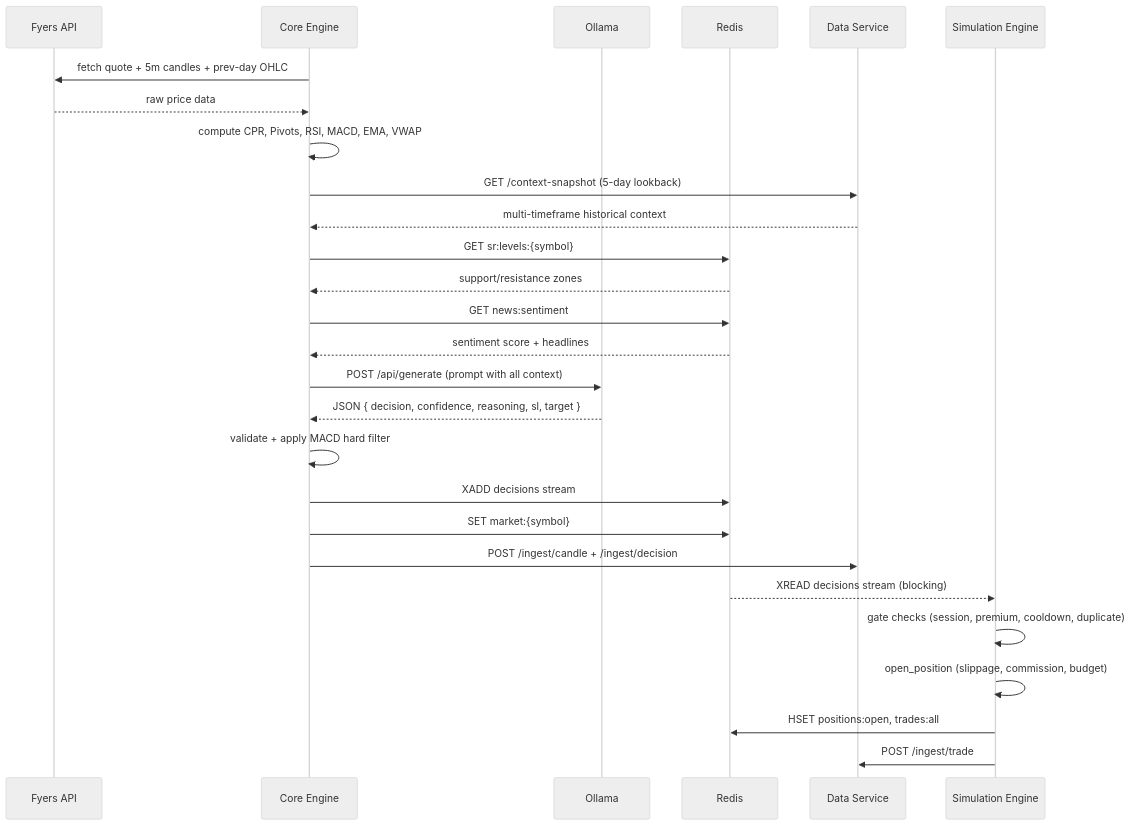
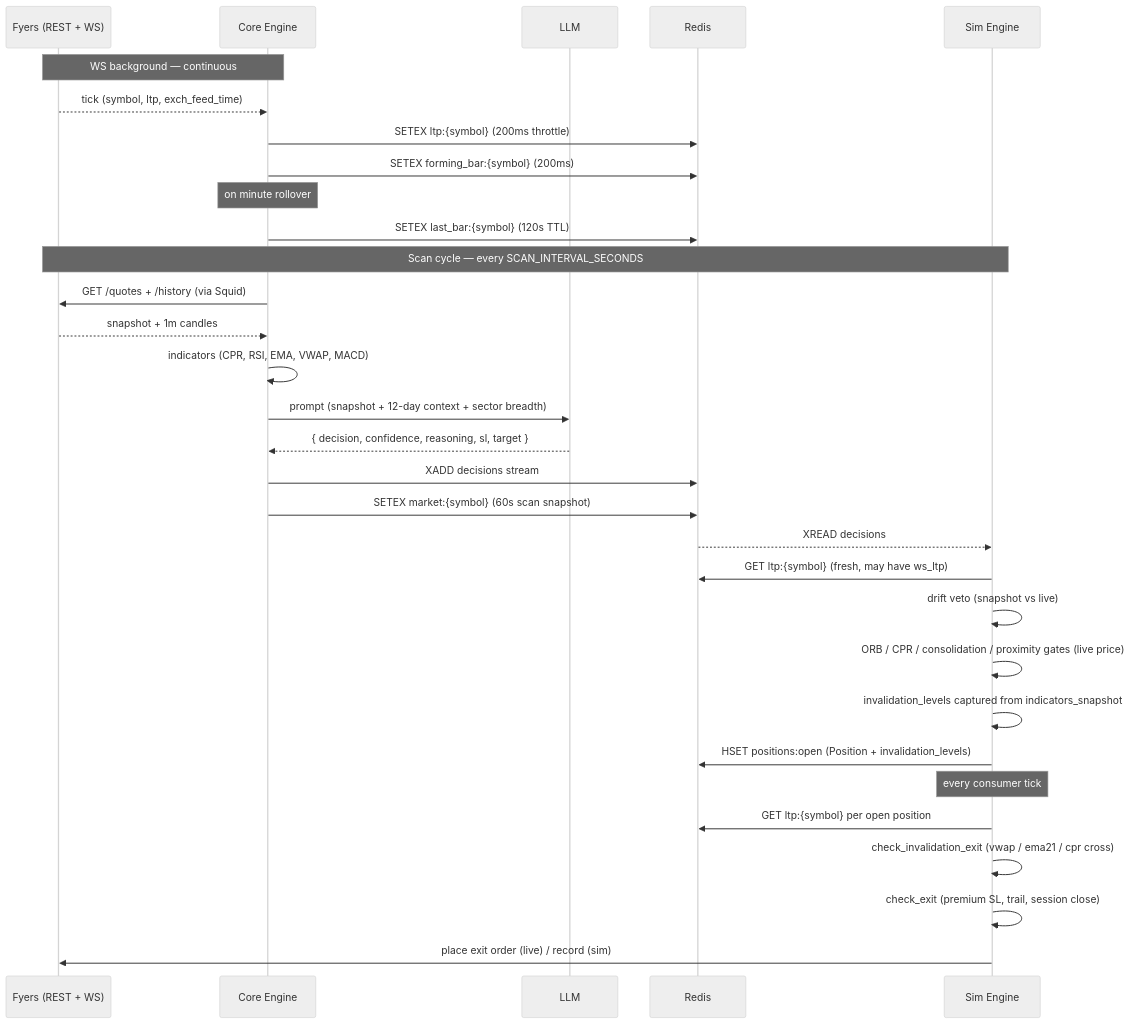
One commit to rickydjohn/fyers-autotrader changed the second of 4 diagrams in ARCHITECTURE.md. Above: the diagram before and after it, drawn with Mermaid (neutral theme). The commit also changed other lines of this file and 1 other file, not shown here.

First line of the commit message:
docs: refresh ARCHITECTURE.md + README.md for the WS migration

````diff
--- a/ARCHITECTURE.md
+++ b/ARCHITECTURE.md
@@ -44,30 +49,37 @@
 ```mermaid
 sequenceDiagram
-    participant F as Fyers API
+    participant F as Fyers (REST + WS)
     participant C as Core Engine
-    participant O as Ollama
+    participant O as LLM
     participant R as Redis
-    participant D as Data Service
-    participant S as Simulation Engine
+    participant S as Sim Engine
 
-    C->>F: fetch quote + 5m candles + prev-day OHLC
-    F-->>C: raw price data
-    C->>C: compute CPR, Pivots, RSI, MACD, EMA, VWAP
-    C->>D: GET /context-snapshot (5-day lookback)
-    D-->>C: multi-timeframe historical context
-    C->>R: GET sr:levels:{symbol}
-    R-->>C: support/resistance zones
-    C->>R: GET news:sentiment
-    R-->>C: sentiment score + headlines
-    C->>O: POST /api/generate (prompt with all context)
-    O-->>C: JSON { decision, confidence, reasoning, sl, target }
-    C->>C: validate + apply MACD hard filter
+    Note over F,C: WS background — continuous
+    F-->>C: tick (symbol, ltp, exch_feed_time)
+    C->>R: SETEX ltp:{symbol} (200ms throttle)
+    C->>R: SETEX forming_bar:{symbol} (200ms)
+    Note over C: on minute rollover
+    C->>R: SETEX last_bar:{symbol} (120s TTL)
+
+    Note over F,S: Scan cycle — every SCAN_INTERVAL_SECONDS
+    C->>F: GET /quotes + /history (via Squid)
+    F-->>C: snapshot + 1m candles
+    C->>C: indicators (CPR, RSI, EMA, VWAP, MACD)
+    C->>O: prompt (snapshot + 12-day context + sector breadth)
+    O-->>C: { decision, confidence, reasoning, sl, target }
     C->>R: XADD decisions stream
-    C->>R: SET market:{symbol}
-    C->>D: POST /ingest/candle + /ingest/decision
-    R-->>S: XREAD decisions stream (blocking)
-    S->>S: gate checks (session, premium, cooldown, duplicate)
-    S->>S: open_position (slippage, commission, budget)
-    S->>R: HSET positions:open, trades:all
-    S->>D: POST /ingest/trade
+    C->>R: SETEX market:{symbol}  (60s scan snapshot)
+
+    R-->>S: XREAD decisions
+    S->>R: GET ltp:{symbol}  (fresh, may have ws_ltp)
+    S->>S: drift veto (snapshot vs live)
+    S->>S: ORB / CPR / consolidation / proximity gates (live price)
+    S->>S: invalidation_levels captured from indicators_snapshot
+    S->>R: HSET positions:open (Position + invalidation_levels)
+
+    Note over S: every consumer tick
+    S->>R: GET ltp:{symbol} per open position
+    S->>S: check_invalidation_exit (vwap / ema21 / cpr cross)
+    S->>S: check_exit (premium SL, trail, session close)
+    S->>F: place exit order (live) / record (sim)
 ```
````
